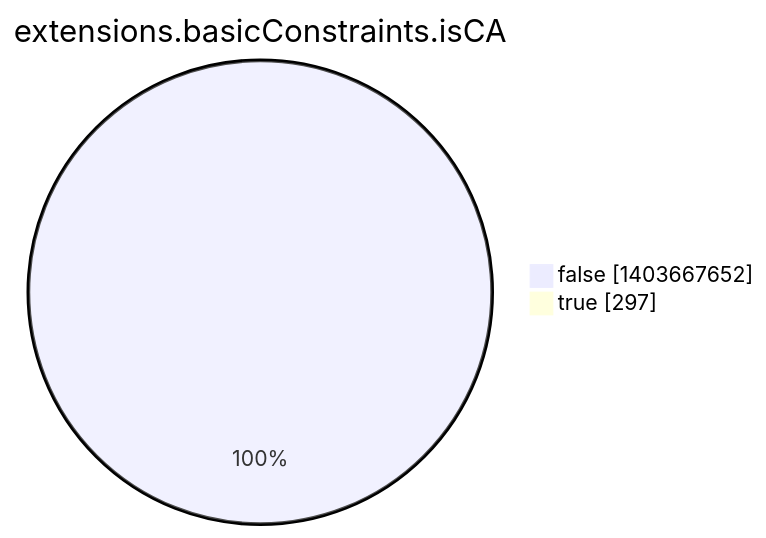
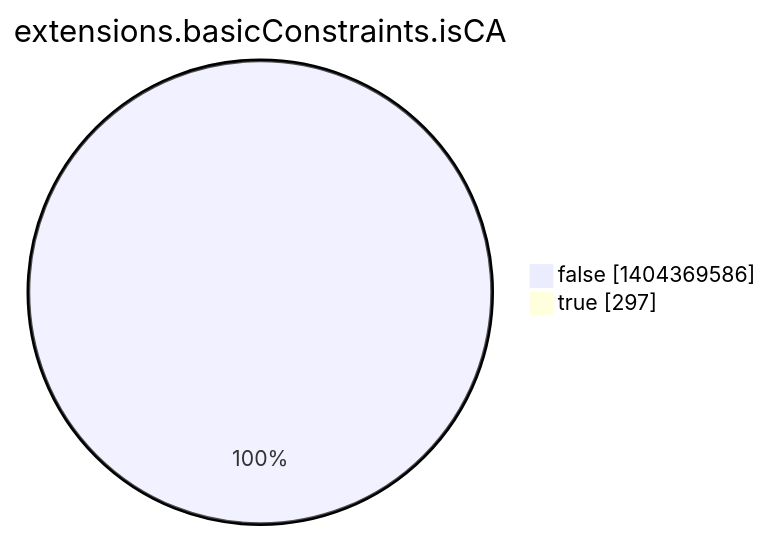
The eighth of 15 diagrams in argon2022/README.md (christiankrug/ctmonitor_visualization), drawn with Mermaid before and after one commit. The commit also changed other lines of this file, not shown here.

````diff
--- a/argon2022/README.md
+++ b/argon2022/README.md
@@ -2759,6 +2759,6 @@
 ```mermaid
 pie showData
 title extensions.basicConstraints.isCA
-"false" :1403667652
+"false" :1404369586
 "true" :297
 ```
````
